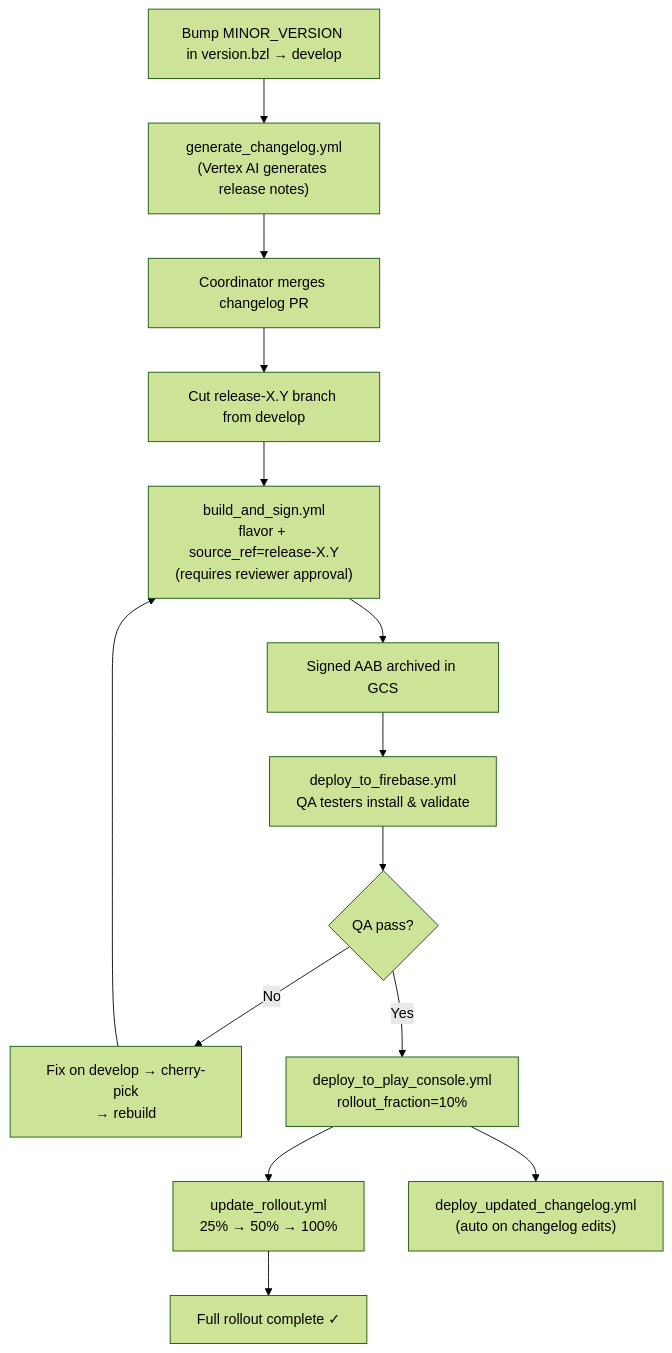
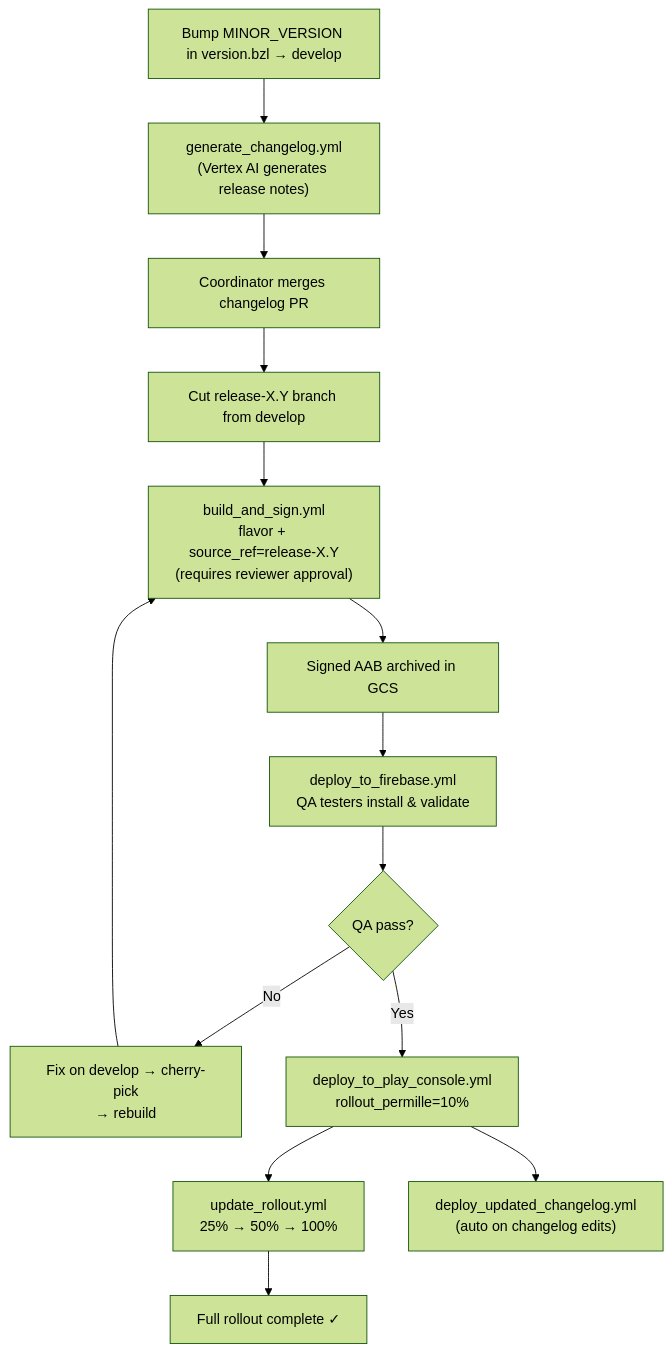
One commit to oppia/oppia-android changed the first of 2 diagrams in wiki/app-and-feature-release-process.md. Above: the diagram before and after it, drawn with Mermaid (forest theme). The commit also changed other lines of this file and 4 other files, not shown here.

````diff
--- a/wiki/app-and-feature-release-process.md
+++ b/wiki/app-and-feature-release-process.md
@@ -382,16 +382,16 @@
 ```mermaid
 flowchart TD
     A["Bump MINOR_VERSION in version.bzl → develop"] --> B["generate_changelog.yml\n(Vertex AI generates release notes)"]
     B --> C["Coordinator merges changelog PR"]
     C --> D["Cut release-X.Y branch from develop"]
     D --> E["build_and_sign.yml\nflavor + source_ref=release-X.Y\n(requires reviewer approval)"]
     E --> F["Signed AAB archived in GCS"]
     F --> G["deploy_to_firebase.yml\nQA testers install & validate"]
     G --> H{"QA pass?"}
     H -- "No" --> I["Fix on develop → cherry-pick\n→ rebuild"]
     I --> E
-    H -- "Yes" --> J["deploy_to_play_console.yml\nrollout_fraction=10%"]
+    H -- "Yes" --> J["deploy_to_play_console.yml\nrollout_permille=10%"]
     J --> K["update_rollout.yml\n25% → 50% → 100%"]
     K --> L["Full rollout complete ✓"]
     J --> M["deploy_updated_changelog.yml\n(auto on changelog edits)"]
 ```
````
